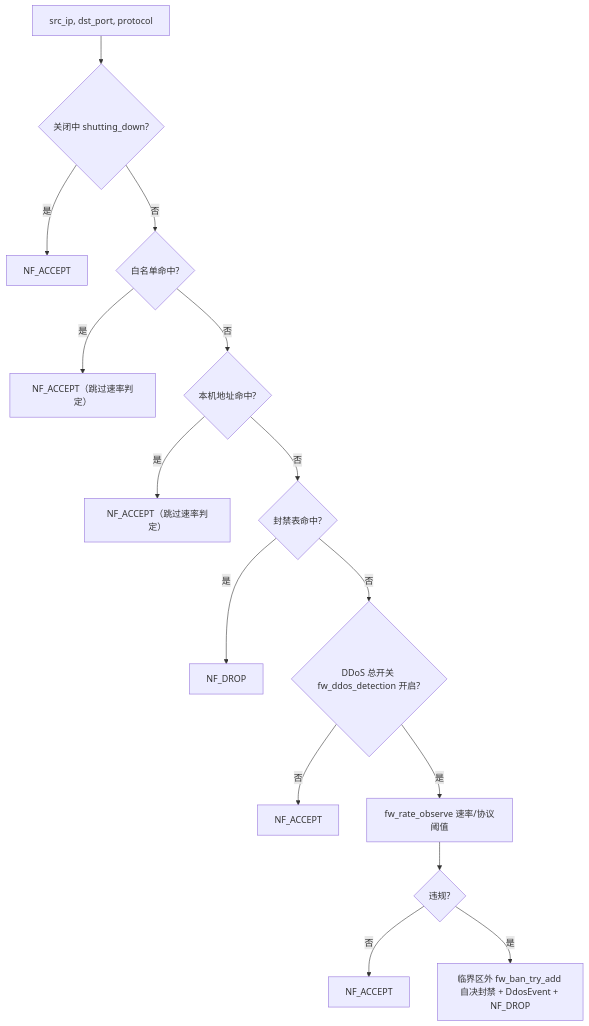
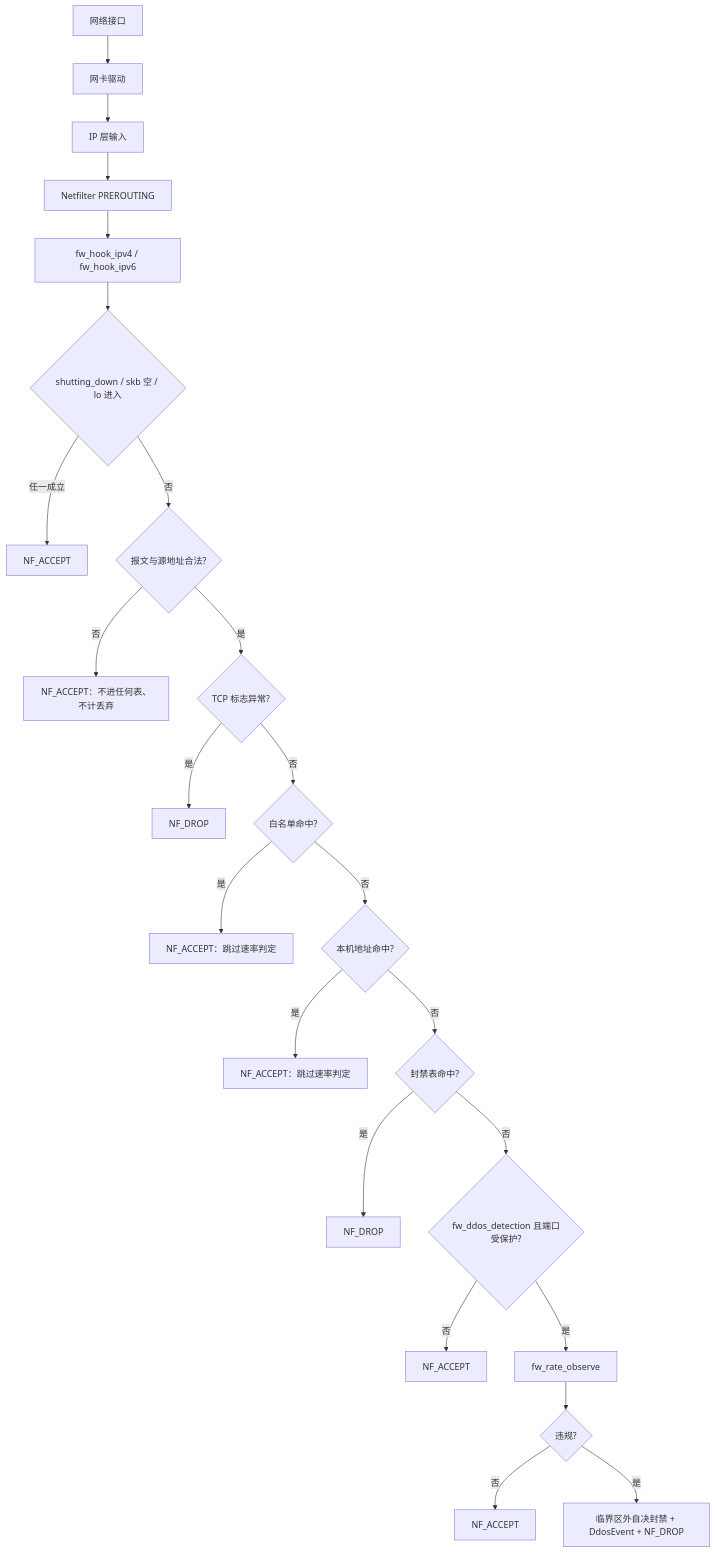
One commit to SnowCore8/linux-firewall-kmod changed the first of 5 diagrams in docs/zh/architecture/data-flow.md. Above: the diagram before and after it, drawn with Mermaid. The commit also changed other lines of this file and 25 other files, not shown here.

````diff
--- a/docs/zh/architecture/data-flow.md
+++ b/docs/zh/architecture/data-flow.md
@@ -54,17 +17,25 @@
 ```mermaid
 graph TB
-    A["src_ip, dst_port, protocol"] --> B{"关闭中 shutting_down?"}
-    B -->|是| ACC1["NF_ACCEPT"]
-    B -->|否| C{"白名单命中?"}
-    C -->|是| ACC2["NF_ACCEPT（跳过速率判定）"]
-    C -->|否| D{"本机地址命中?"}
-    D -->|是| ACC3["NF_ACCEPT（跳过速率判定）"]
-    D -->|否| E{"封禁表命中?"}
-    E -->|是| DR1["NF_DROP"]
-    E -->|否| F{"DDoS 总开关 fw_ddos_detection 开启?"}
-    F -->|否| ACC4["NF_ACCEPT"]
-    F -->|是| G["fw_rate_observe 速率/协议阈值"]
-    G --> H{"违规?"}
-    H -->|否| ACC5["NF_ACCEPT"]
-    H -->|是| DR2["临界区外 fw_ban_try_add 自决封禁 + DdosEvent + NF_DROP"]
+    A["网络接口"] --> B["网卡驱动"]
+    B --> C["IP 层输入"]
+    C --> D["Netfilter PREROUTING"]
+    D --> E["fw_hook_ipv4 / fw_hook_ipv6"]
+    E --> F{"shutting_down / skb 空 / lo 进入"}
+    F -->|任一成立| ACC0["NF_ACCEPT"]
+    F -->|否| G{"报文与源地址合法?"}
+    G -->|否| ACC1["NF_ACCEPT：不进任何表、不计丢弃"]
+    G -->|是| H{"TCP 标志异常?"}
+    H -->|是| DR0["NF_DROP"]
+    H -->|否| I{"白名单命中?"}
+    I -->|是| ACC2["NF_ACCEPT：跳过速率判定"]
+    I -->|否| J{"本机地址命中?"}
+    J -->|是| ACC3["NF_ACCEPT：跳过速率判定"]
+    J -->|否| K{"封禁表命中?"}
+    K -->|是| DR1["NF_DROP"]
+    K -->|否| L{"fw_ddos_detection 且端口受保护?"}
+    L -->|否| ACC4["NF_ACCEPT"]
+    L -->|是| M["fw_rate_observe"]
+    M --> N{"违规?"}
+    N -->|否| ACC5["NF_ACCEPT"]
+    N -->|是| DR2["临界区外自决封禁 + DdosEvent + NF_DROP"]
 ```
````
